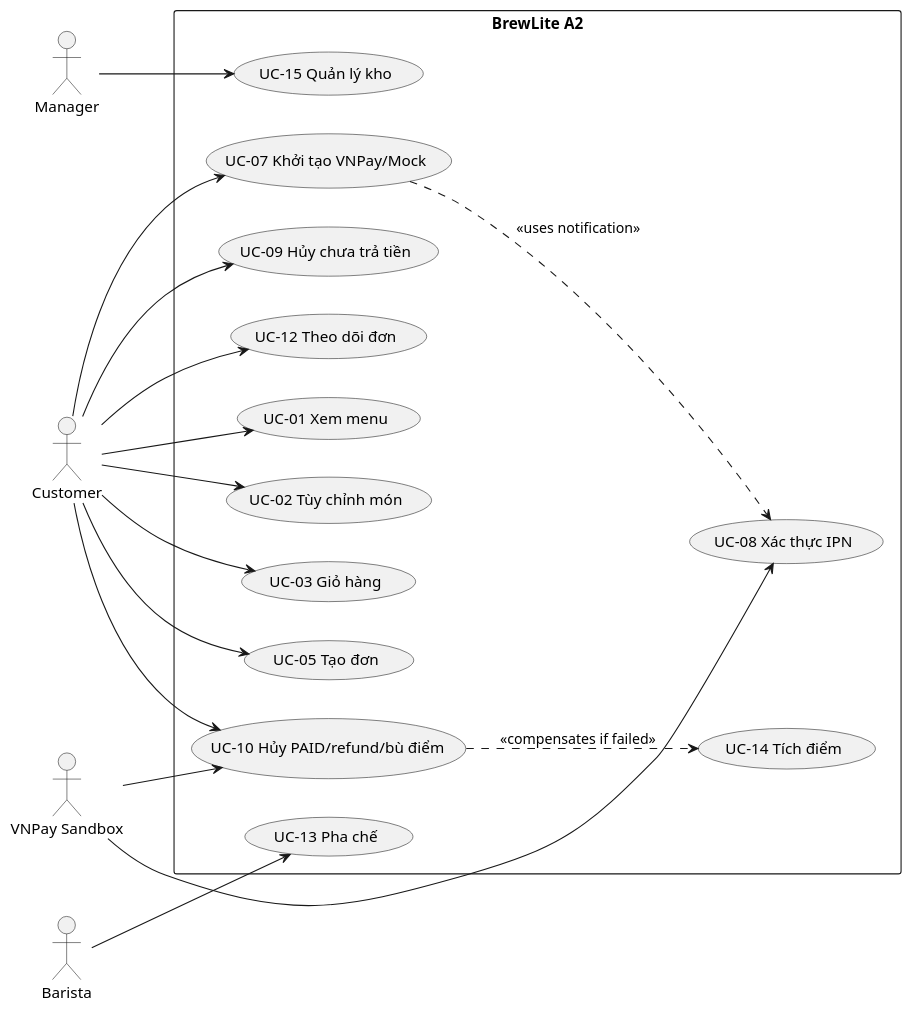
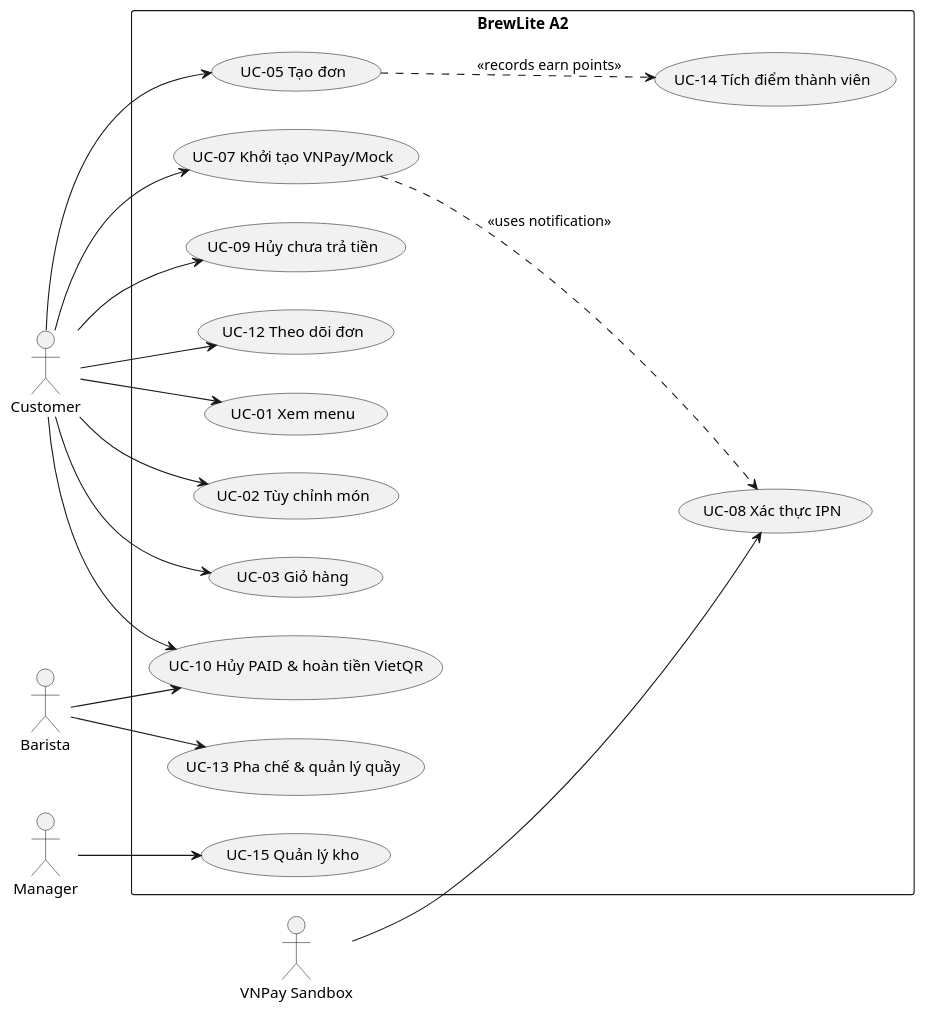
Before and after one commit to Thaitruong26/Brewlite-A2: the diagram in docs/diagrams/use-case-overview.puml, drawn with PlantUML. The commit also changed 14 other files, not shown here.

Commit message:
docs: align SRS, ADR-009, use-case specifications, and PlantUML diagrams with manual VietQR barista refund workflow

```diff
--- a/docs/diagrams/use-case-overview.puml
+++ b/docs/diagrams/use-case-overview.puml
@@ -1,36 +1,36 @@
 @startuml
 left to right direction
 skinparam shadowing false
 actor "Customer" as C
 actor "Barista" as B
 actor "Manager" as M
 actor "VNPay Sandbox" as V
 rectangle "BrewLite A2" {
   usecase "UC-01 Xem menu" as uc01
   usecase "UC-02 Tùy chỉnh món" as uc02
   usecase "UC-03 Giỏ hàng" as uc03
   usecase "UC-05 Tạo đơn" as uc05
   usecase "UC-07 Khởi tạo VNPay/Mock" as uc07
   usecase "UC-08 Xác thực IPN" as uc08
   usecase "UC-09 Hủy chưa trả tiền" as uc09
-  usecase "UC-10 Hủy PAID/refund/bù điểm" as uc10
+  usecase "UC-10 Hủy PAID & hoàn tiền VietQR" as uc10
   usecase "UC-12 Theo dõi đơn" as uc12
-  usecase "UC-13 Pha chế" as uc13
-  usecase "UC-14 Tích điểm" as uc14
+  usecase "UC-13 Pha chế & quản lý quầy" as uc13
+  usecase "UC-14 Tích điểm thành viên" as uc14
   usecase "UC-15 Quản lý kho" as uc15
 }
 C --> uc01
 C --> uc02
 C --> uc03
 C --> uc05
 C --> uc07
 C --> uc09
 C --> uc10
 C --> uc12
+B --> uc10
 B --> uc13
 M --> uc15
 V --> uc08
-V --> uc10
 uc07 ..> uc08 : <<uses notification>>
-uc10 ..> uc14 : <<compensates if failed>>
+uc05 ..> uc14 : <<records earn points>>
 @enduml
```
